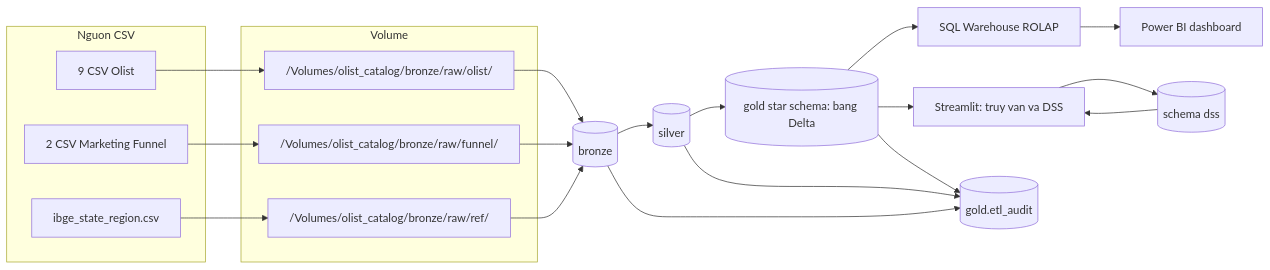
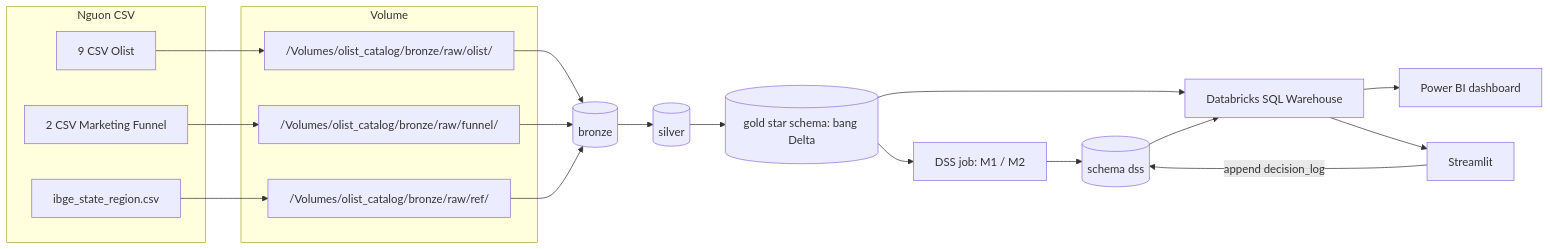
The first of 3 diagrams in docs/DESIGN.md (toann1405/olist-dw-dss), drawn with Mermaid before and after one commit. The commit also changed other lines of this file and 13 other files, not shown here.

````diff
--- a/docs/DESIGN.md
+++ b/docs/DESIGN.md
@@ -40,29 +40,28 @@
 ```mermaid
 flowchart LR
   subgraph src [Nguon CSV]
     olist[9 CSV Olist]
     funnel[2 CSV Marketing Funnel]
     ibge[ibge_state_region.csv]
   end
   subgraph vol [Volume]
     vOlist["/Volumes/olist_catalog/bronze/raw/olist/"]
     vFunnel["/Volumes/olist_catalog/bronze/raw/funnel/"]
     vRef["/Volumes/olist_catalog/bronze/raw/ref/"]
   end
   olist --> vOlist
   funnel --> vFunnel
   ibge --> vRef
   vOlist --> bronze[(bronze)]
   vFunnel --> bronze
   vRef --> bronze
   bronze --> silver[(silver)]
   silver --> gold[(gold star schema: bang Delta)]
-  gold --> wh[SQL Warehouse ROLAP]
+  gold --> dssjob["DSS job: M1 / M2"]
+  dssjob --> dssSchema[(schema dss)]
+  gold --> wh[Databricks SQL Warehouse]
+  dssSchema --> wh
   wh --> pbi[Power BI dashboard]
-  gold --> dss[Streamlit: truy van va DSS]
-  dss --> dssSchema[(schema dss)]
-  dssSchema --> dss
-  gold --> audit[(gold.etl_audit)]
-  silver --> audit
-  bronze --> audit
+  wh --> st[Streamlit]
+  st -->|append decision_log| dssSchema
 ```
````
